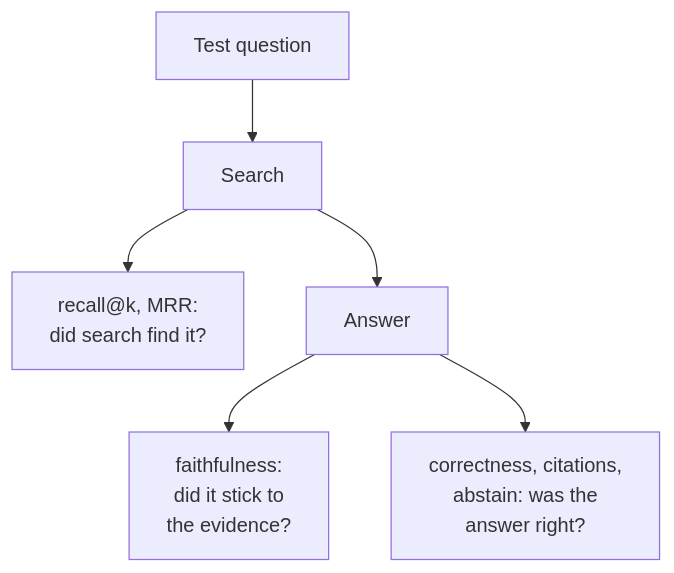
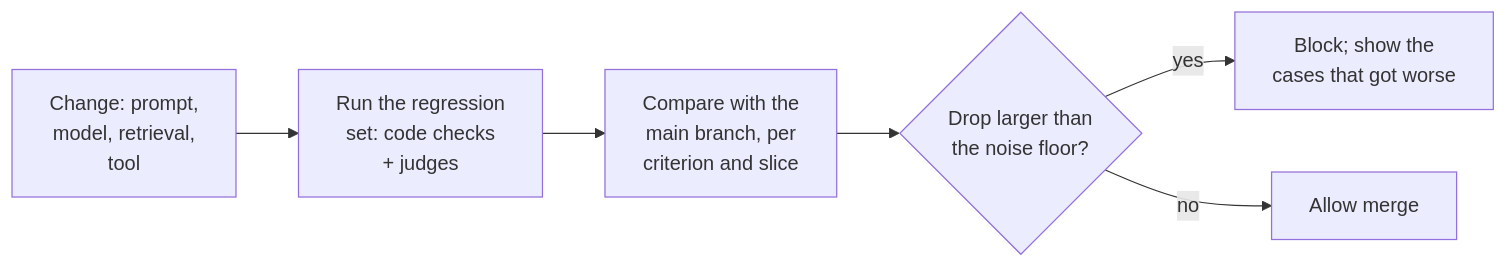
Before and after one commit to shubamchaudhary/CodeNITW: the seventh of 7 diagrams in src/Data/aiStackDocs/CH-08.md, drawn with Mermaid. The commit also changed other lines of this file and 5 other files, not shown here.

First line of the commit message:
AI Stack: evals section rewritten concept-first, with a mind map

````diff
--- a/src/Data/aiStackDocs/CH-08.md
+++ b/src/Data/aiStackDocs/CH-08.md
@@ -219,8 +280,8 @@
 ```mermaid
-flowchart TB
-    Q["Test question"] --> RET["Search"]
-    RET --> M1["recall@k, MRR:<br/>did search find it?"]
-    RET --> GEN["Answer"]
-    GEN --> M2["faithfulness:<br/>did it stick to<br/>the evidence?"]
-    GEN --> M3["correctness, citations,<br/>abstain: was the<br/>answer right?"]
+flowchart LR
+    PR["Change: prompt,<br/>model, retrieval,<br/>tool"] --> RUN["Run the regression<br/>set: code checks<br/>+ judges"]
+    RUN --> CMP["Compare with the<br/>main branch, per<br/>criterion and slice"]
+    CMP --> TOL{"Drop larger than<br/>the noise floor?"}
+    TOL -->|"yes"| BLK["Block; show the<br/>cases that got worse"]
+    TOL -->|"no"| OK["Allow merge"]
 ```
````
